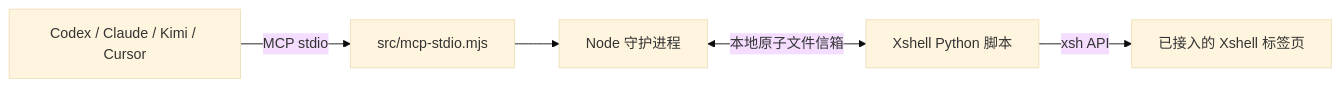
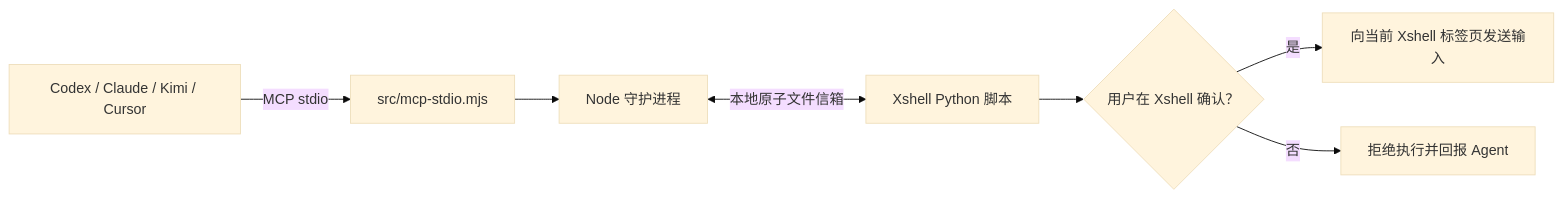
Before and after one commit to zhenyuanfan/xshell-agent-bridge: the diagram in README.md, drawn with Mermaid (base theme). The commit also changed other lines of this file and 18 other files, not shown here.

````diff
--- a/README.md
+++ b/README.md
@@ -23,7 +25,9 @@
 ```mermaid
 flowchart LR
   A["Codex / Claude / Kimi / Cursor"] -->|"MCP stdio"| B["src/mcp-stdio.mjs"]
   B --> C["Node 守护进程"]
   C <-->|"本地原子文件信箱"| D["Xshell Python 脚本"]
-  D -->|"xsh API"| E["已接入的 Xshell 标签页"]
+  D --> F{"用户在 Xshell 确认？"}
+  F -->|"是"| E["向当前 Xshell 标签页发送输入"]
+  F -->|"否"| G["拒绝执行并回报 Agent"]
 ```
````
